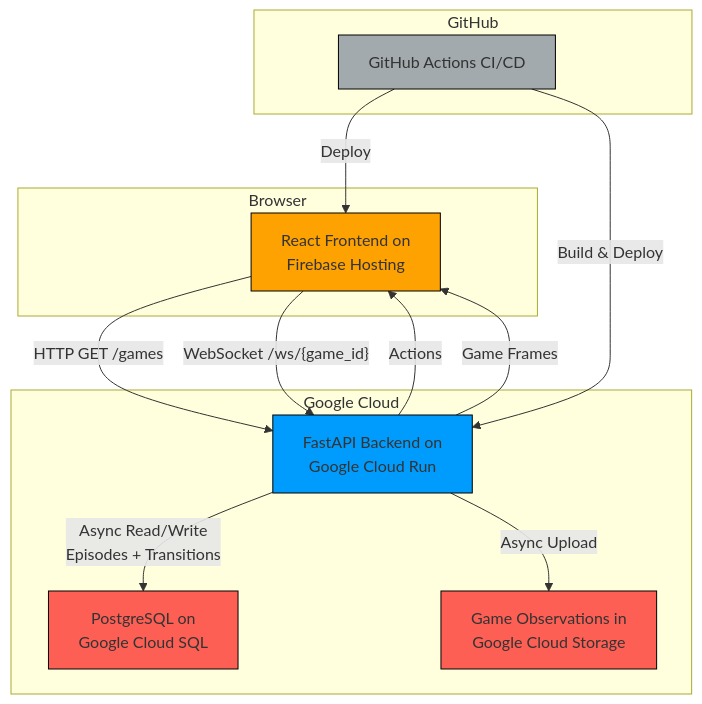
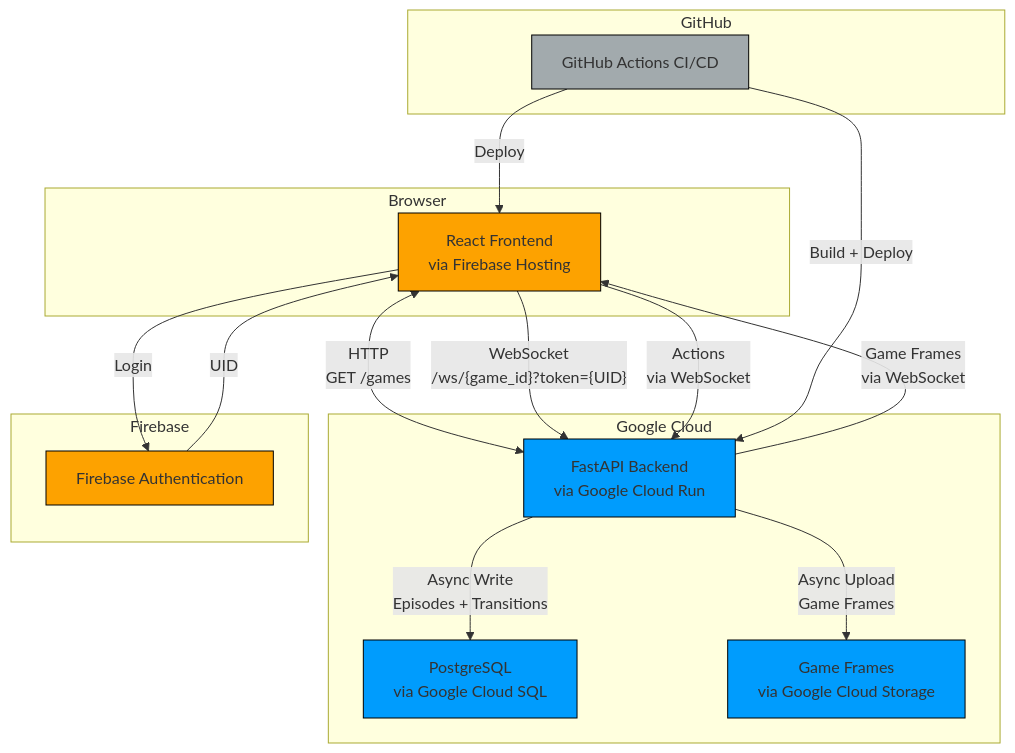
The diagram in README.md (farazeid/skill-arcade), drawn with Mermaid before and after one commit. The commit also changed other lines of this file, not shown here.

````diff
--- a/README.md
+++ b/README.md
@@ -18,49 +19,65 @@
 ```mermaid
 %%{init: {"themeVariables": {
   "fontFamily": "Comic Sans MS",
   "fontSize": "1rem",
 }}}%%
 
 graph TD
     subgraph Browser
         A[
-            React Frontend on
-            Firebase Hosting
+            React Frontend
+            via Firebase Hosting
         ]
     end
 
     subgraph Google Cloud
         B[
-            FastAPI Backend on
-            Google Cloud Run
+            FastAPI Backend
+            via Google Cloud Run
         ]
         C[
-            PostgreSQL on
-            Google Cloud SQL
+            PostgreSQL
+            via Google Cloud SQL
         ]
         D[
-            Game Observations in
-            Google Cloud Storage
+            Game Frames
+            via Google Cloud Storage
         ]
+    end
+
+    subgraph Firebase
+        F[Firebase Authentication]
     end
 
     subgraph GitHub
         E[GitHub Actions CI/CD]
     end
 
-    A -- HTTP GET /games --> B
-    A -- WebSocket /ws/{game_id} --> B
-    B -- Actions --> A
-    B -- Game Frames --> A
-    B -- Async Read/Write
-            Episodes + Transitions --> C
-    B -- Async Upload --> D
+    A -- Login --> F
+    F -- UID --> A
+
+    A <-- HTTP
+          GET /games --> B
+
+    A -- WebSocket
+          /ws/{game_id}?token={UID} --> B
+    A -- Actions
+          via WebSocket --> B
+    B -- Game Frames
+          via WebSocket --> A
+
+    B -- Async Write
+          Episodes + Transitions --> C
+    B -- Async Upload
+          Game Frames --> D
+
     E -- Deploy --> A
-    E -- Build & Deploy --> B
+    E -- Build + Deploy --> B
 
     style A fill:#fda200,stroke:#000000,stroke-width:1px
     style B fill:#009cfd,stroke:#000000,stroke-width:1px
-    style C fill:#fd5f55,stroke:#000000,stroke-width:1px
-    style D fill:#fd5f55,stroke:#000000,stroke-width:1px
+    style C fill:#009cfd,stroke:#000000,stroke-width:1px
+    style D fill:#009cfd,stroke:#000000,stroke-width:1px
     style E fill:#a2aaad,stroke:#000000,stroke-width:1px
+    style F fill:#fda200,stroke:#000000,stroke-width:1px
 ```
````
